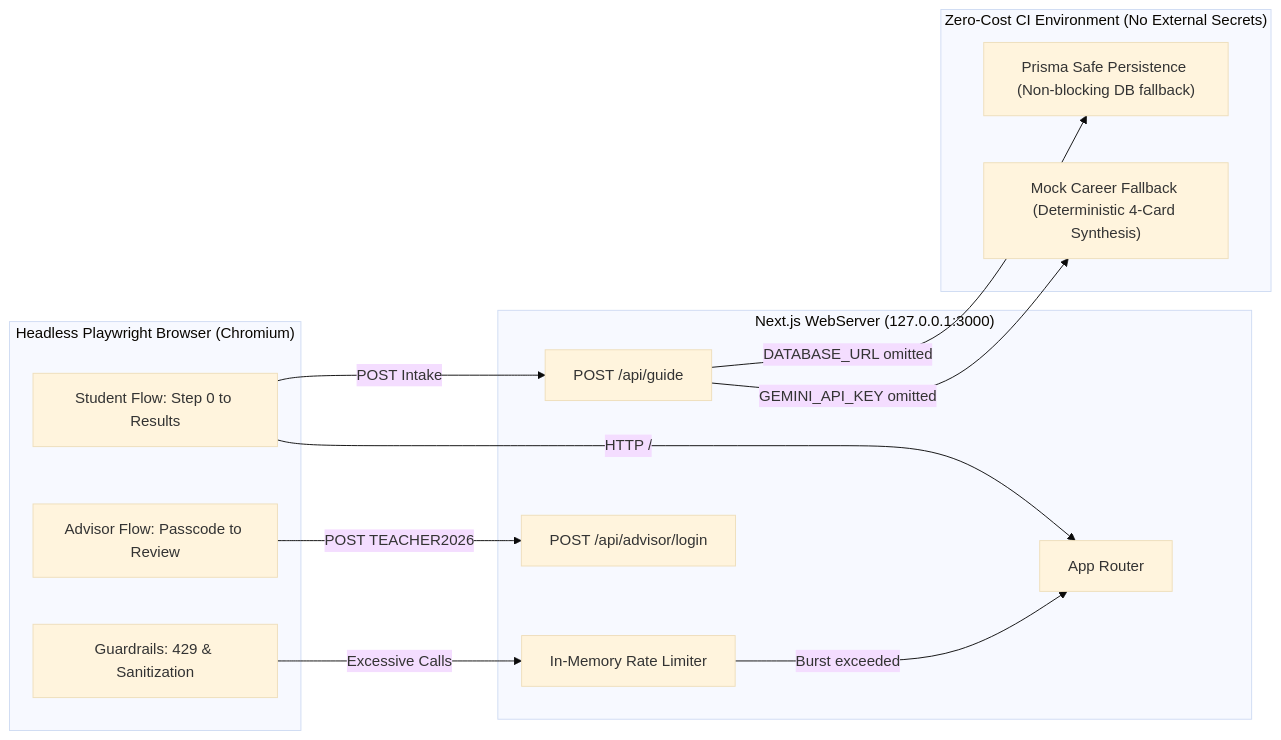
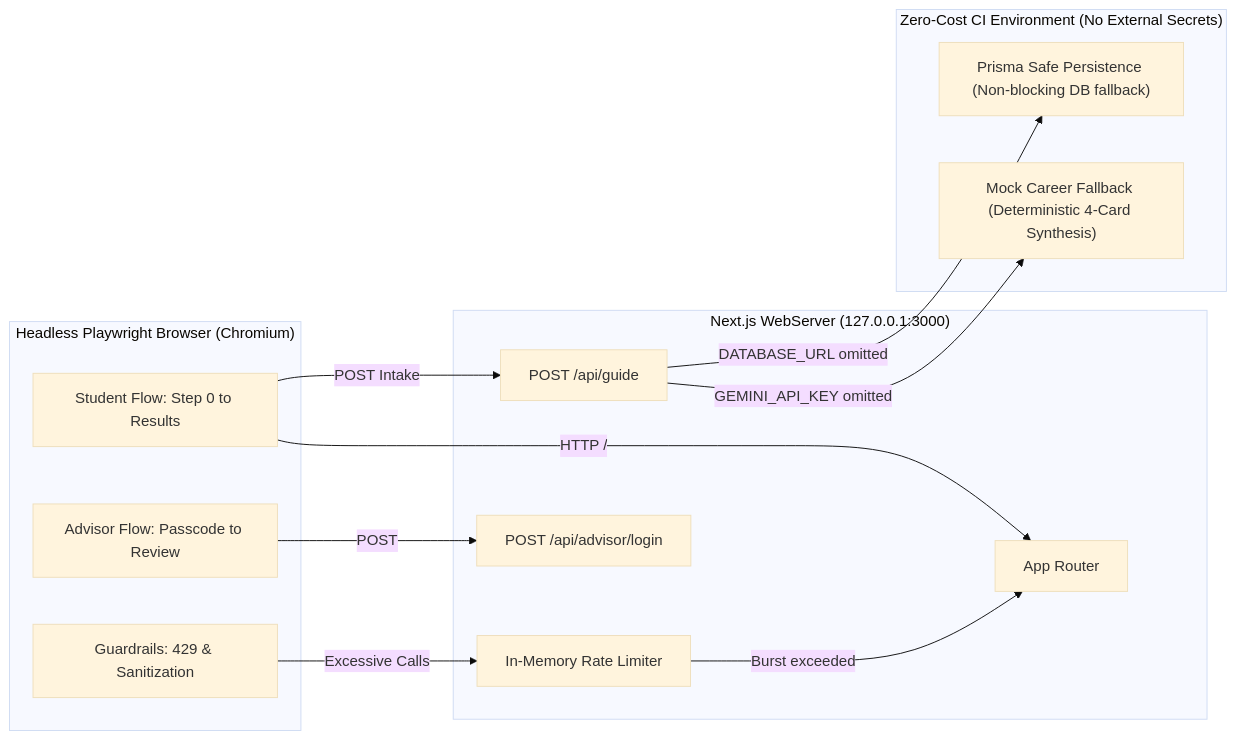
Before and after one commit to ShortXander101205/first-hackathon: the third of 3 diagrams in docs/pathless/contracts/feature-13.md, drawn with Mermaid (base theme). The commit also changed other lines of this file and 5 other files, not shown here.

Commit message:
docs: replace advisor passcode with <ADVISOR_PASSCODE> placeholder

````diff
--- a/docs/pathless/contracts/feature-13.md
+++ b/docs/pathless/contracts/feature-13.md
@@ -207,29 +207,29 @@
 ```mermaid
 flowchart LR
     subgraph PlaywrightBrowser["Headless Playwright Browser (Chromium)"]
         Student[Student Flow: Step 0 to Results]
         Advisor[Advisor Flow: Passcode to Review]
         Security[Guardrails: 429 & Sanitization]
     end
 
     subgraph NextServer["Next.js WebServer (127.0.0.1:3000)"]
         Router[App Router]
         API_Guide["POST /api/guide"]
         API_Login["POST /api/advisor/login"]
         RateLimiter["In-Memory Rate Limiter"]
     end
 
     subgraph ZeroCostIsolation["Zero-Cost CI Environment (No External Secrets)"]
         MockGemini["Mock Career Fallback (Deterministic 4-Card Synthesis)"]
         PrismaSafe["Prisma Safe Persistence (Non-blocking DB fallback)"]
     end
 
     Student -->|HTTP /| Router
     Student -->|POST Intake| API_Guide
-    Advisor -->|POST TEACHER2026| API_Login
+    Advisor -->|POST <ADVISOR_PASSCODE>| API_Login
     Security -->|Excessive Calls| RateLimiter
 
     API_Guide -->|GEMINI_API_KEY omitted| MockGemini
     API_Guide -->|DATABASE_URL omitted| PrismaSafe
     RateLimiter -->|Burst exceeded| Router
 ```
````
